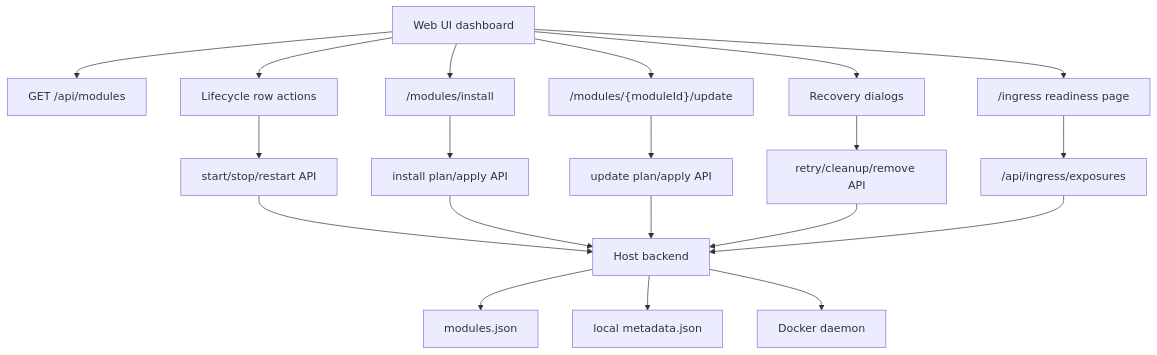
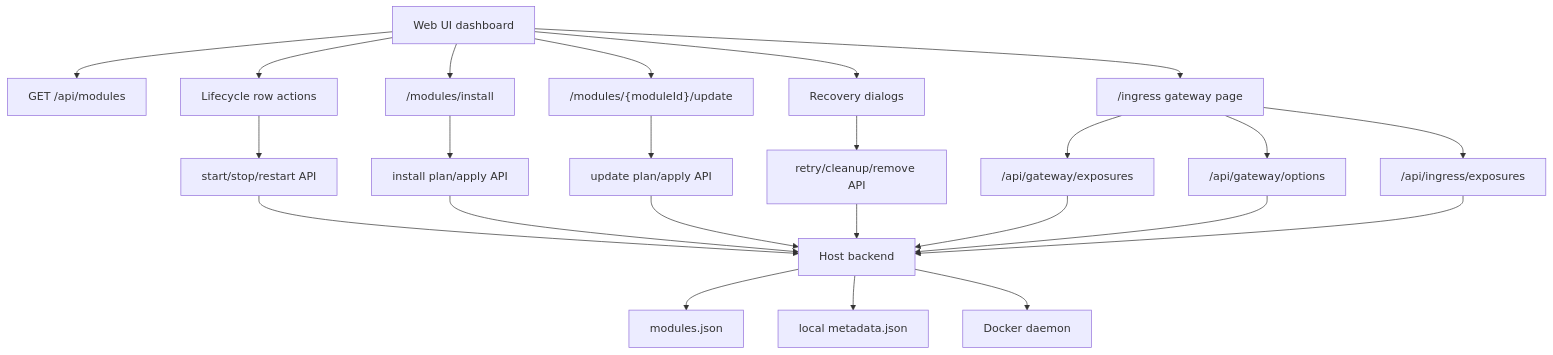
The diagram in docs/features/web-ui-dashboard.md (alex-de-haas/docker-host), drawn with Mermaid before and after one commit. The commit also changed other lines of this file and 11 other files, not shown here.

Commit message:
Add gateway exposure management to the ingress page

````diff
--- a/docs/features/web-ui-dashboard.md
+++ b/docs/features/web-ui-dashboard.md
@@ -25,22 +25,26 @@
 ```mermaid
 flowchart TD
   A["Web UI dashboard"] --> B["GET /api/modules"]
   A --> C["Lifecycle row actions"]
   A --> D["/modules/install"]
   A --> E["/modules/{moduleId}/update"]
   A --> F["Recovery dialogs"]
-  A --> Q["/ingress readiness page"]
+  A --> Q["/ingress gateway page"]
   C --> G["start/stop/restart API"]
   D --> H["install plan/apply API"]
   E --> I["update plan/apply API"]
   F --> J["retry/cleanup/remove API"]
-  Q --> R["/api/ingress/exposures"]
+  Q --> R["/api/gateway/exposures"]
+  Q --> S["/api/gateway/options"]
+  Q --> T["/api/ingress/exposures"]
   G --> K["Host backend"]
   H --> K
   I --> K
   J --> K
   R --> K
+  S --> K
+  T --> K
   K --> L["modules.json"]
   K --> M["local metadata.json"]
   K --> N["Docker daemon"]
 ```
````
